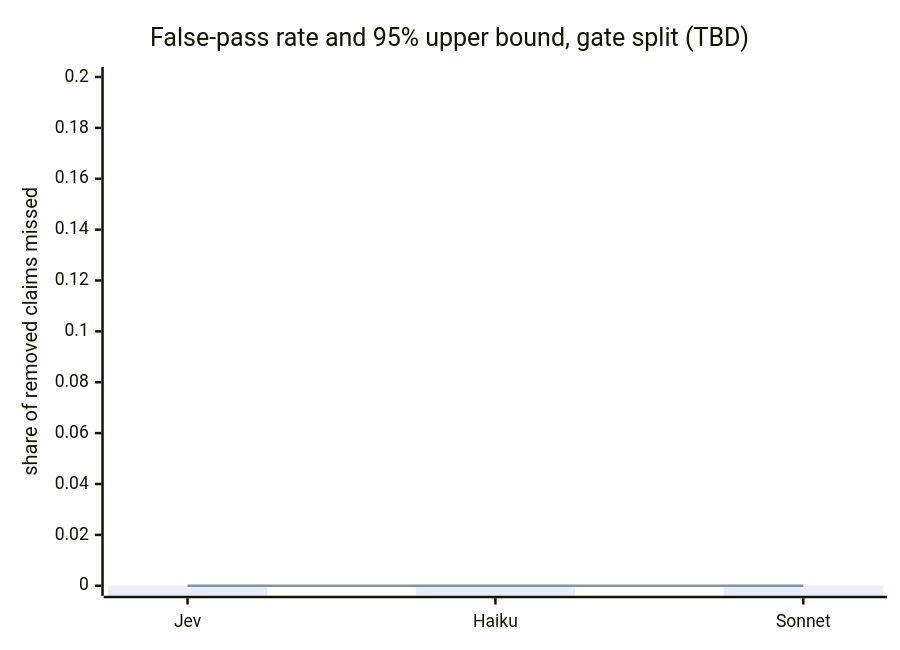
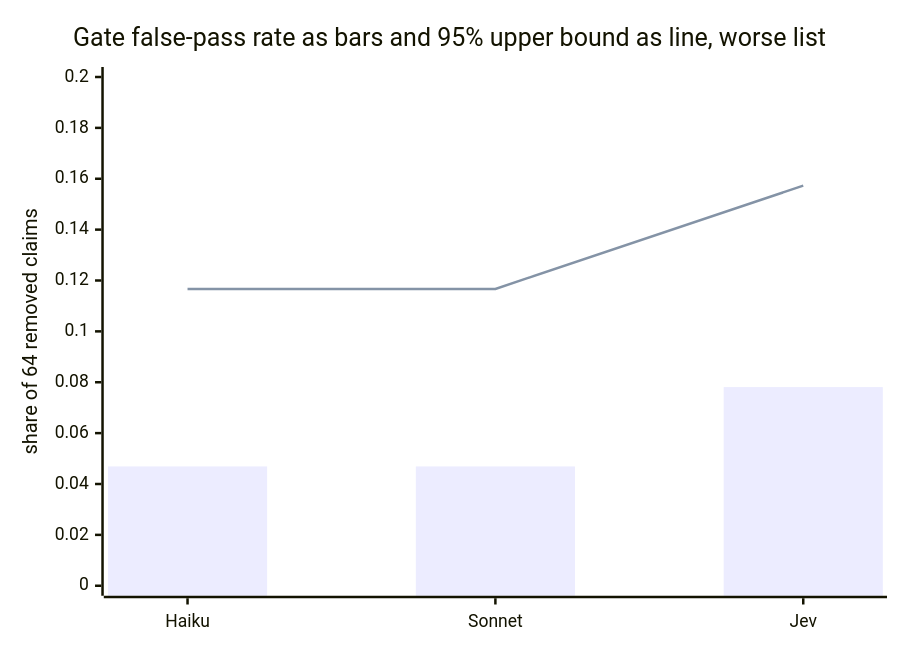
One commit to deepily/lupin changed the second of 7 diagrams in src/rnd/v0.2.2/2026.09.30-lupin-af-documentation-rewrite-plan/2026.10.01-claim-judge-comparison-jev-haiku-sonnet.md. Above: the diagram before and after it, drawn with Mermaid. The commit also changed other lines of this file and 1 other file, not shown here.

First line of the commit message:
[LUPIN] Row 0fc47c13: claim judge comparison report with the gate figures (Jev, Haiku, Sonnet)

````diff
--- a/src/rnd/v0.2.2/2026.09.30-lupin-af-documentation-rewrite-plan/2026.10.01-claim-judge-comparison-jev-haiku-sonnet.md
+++ b/src/rnd/v0.2.2/2026.09.30-lupin-af-documentation-rewrite-plan/2026.10.01-claim-judge-comparison-jev-haiku-sonnet.md
@@ -81,8 +103,8 @@
 ```mermaid
 xychart-beta
-    title "False-pass rate and 95% upper bound, gate split (TBD)"
-    x-axis [Jev, Haiku, Sonnet]
-    y-axis "share of removed claims missed" 0 --> 0.2
-    bar [0, 0, 0]
-    line [0, 0, 0]
+    title "Gate false-pass rate as bars and 95% upper bound as line, worse list"
+    x-axis ["Haiku", "Sonnet", "Jev"]
+    y-axis "share of 64 removed claims" 0 --> 0.20
+    bar [0.0469, 0.0469, 0.0781]
+    line [0.1167, 0.1167, 0.1573]
 ```
````
